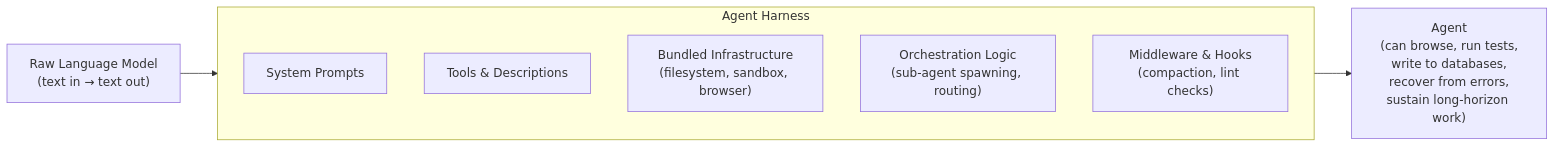
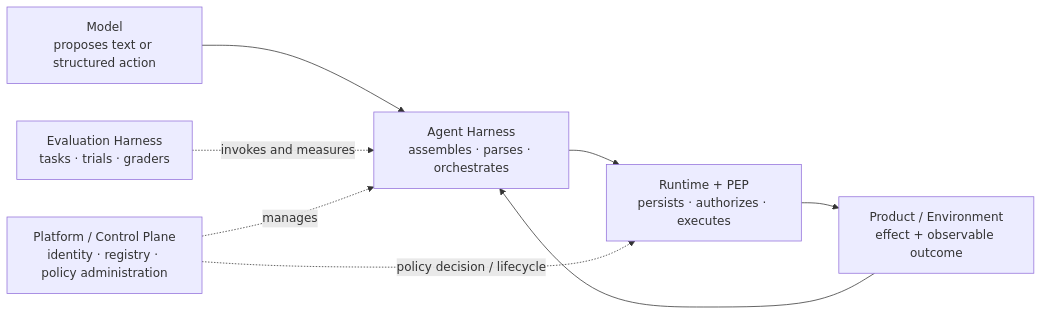
The diagram in agent-harness/00-preface.md (Jin-Fang/Agentic-AI-Study), drawn with Mermaid before and after one commit. The commit also changed other lines of this file and 131 other files, not shown here.

Commit message:
Revise and align Foundations and Agent Harness books

````diff
--- a/agent-harness/00-preface.md
+++ b/agent-harness/00-preface.md
@@ -19,14 +19,10 @@
 ```mermaid
 flowchart LR
-    A["Raw Language Model<br/>(text in → text out)"] --> B["Agent Harness"]
-    B --> C["Agent<br/>(can browse, run tests,<br/>write to databases,<br/>recover from errors,<br/>sustain long-horizon work)"]
-
-    subgraph B["Agent Harness"]
-        direction TB
-        SP["System Prompts"]
-        T["Tools & Descriptions"]
-        I["Bundled Infrastructure<br/>(filesystem, sandbox, browser)"]
-        O["Orchestration Logic<br/>(sub-agent spawning, routing)"]
-        M["Middleware & Hooks<br/>(compaction, lint checks)"]
-    end
+    M["Model<br/>proposes text or structured action"] --> H["Agent Harness<br/>assembles · parses · orchestrates"]
+    H --> R["Runtime + PEP<br/>persists · authorizes · executes"]
+    R --> P["Product / Environment<br/>effect + observable outcome"]
+    P --> H
+    E["Evaluation Harness<br/>tasks · trials · graders"] -. "invokes and measures" .-> H
+    C["Platform / Control Plane<br/>identity · registry · policy administration"] -. "manages" .-> H
+    C -. "policy decision / lifecycle" .-> R
 ```
````
